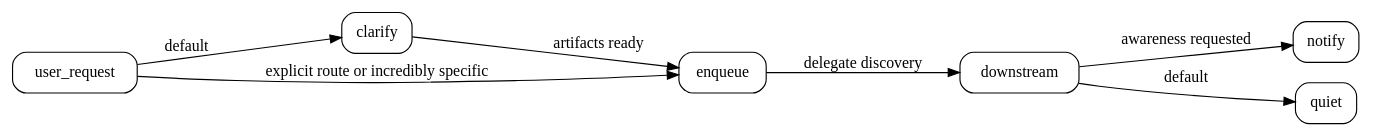
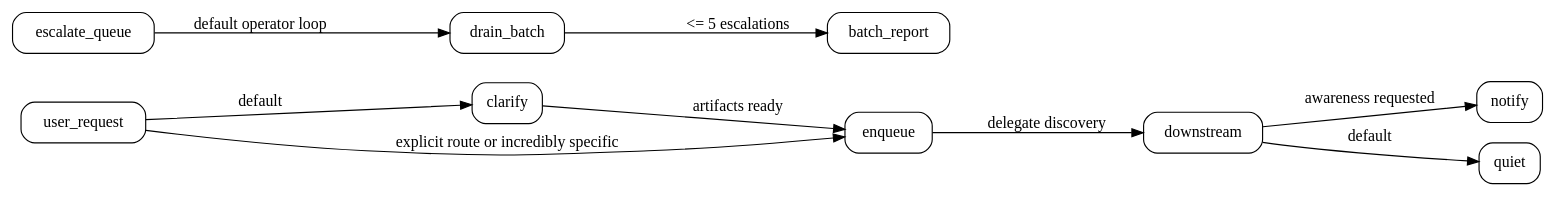
One commit to codethread/pdx changed the diagram in policies/pandora/workflow.md. Above: the diagram before and after it, drawn with Graphviz. The commit also changed other lines of this file and 1 other file, not shown here.

Commit message:
make pandora drain escalations

````diff
--- a/policies/pandora/workflow.md
+++ b/policies/pandora/workflow.md
@@ -21,13 +21,15 @@
 ```dot
 digraph pandora_workflow {
   rankdir=LR;
   node [shape=box, style=rounded];
 
   user_request -> clarify [label="default"];
   user_request -> enqueue [label="explicit route or incredibly specific"];
   clarify -> enqueue [label="artifacts ready"];
   enqueue -> downstream [label="delegate discovery"];
   downstream -> notify [label="awareness requested"];
   downstream -> quiet [label="default"];
+  escalate_queue -> drain_batch [label="default operator loop"];
+  drain_batch -> batch_report [label="<= 5 escalations"];
 }
 ```
````
